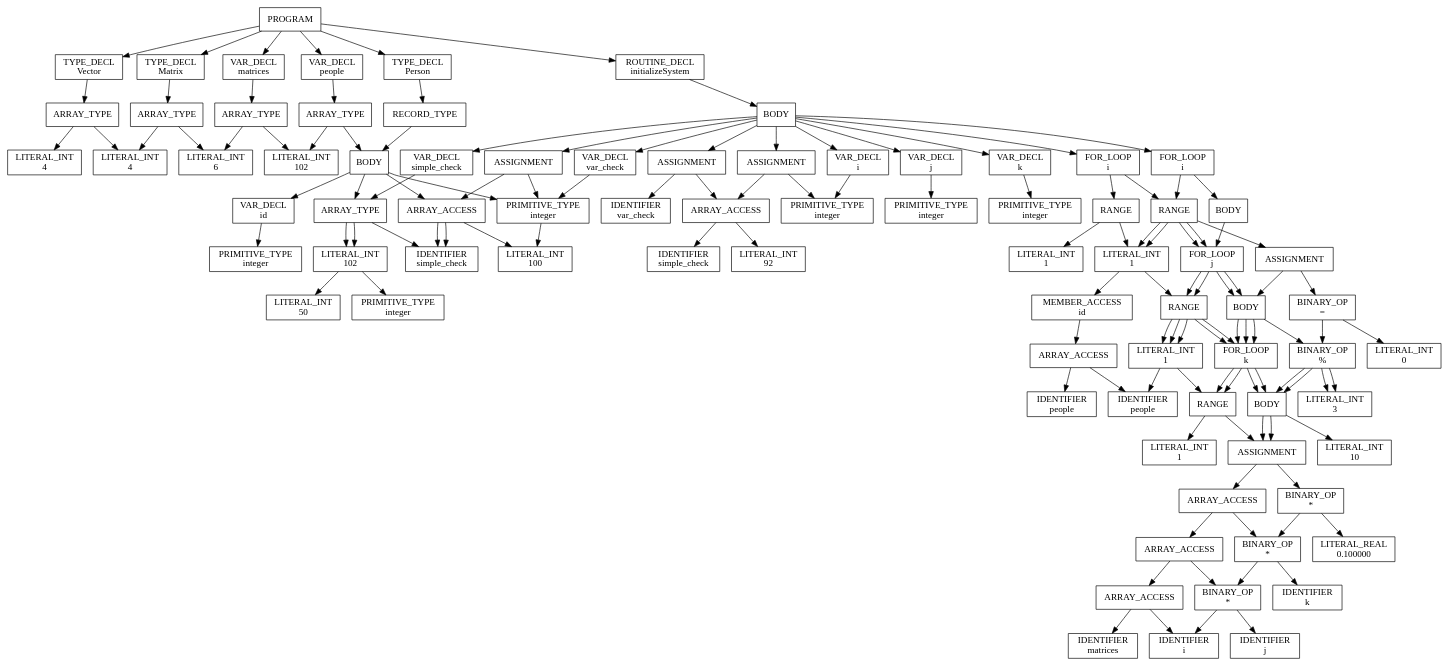
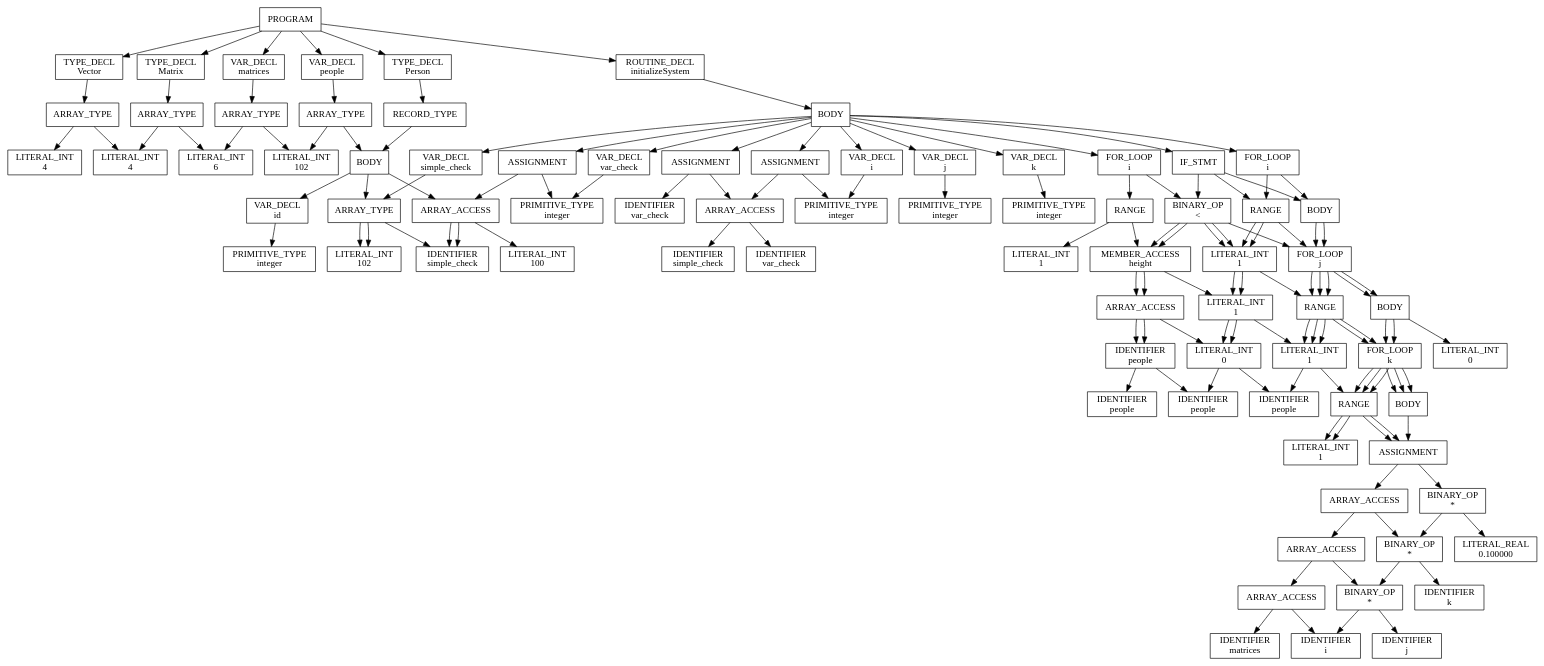
Before and after one commit to Sizye/Main-project: the diagram in temp.txt.dot, drawn with Graphviz. The commit also changed 4 other files, not shown here.

```diff
--- a/temp.txt.dot
+++ b/temp.txt.dot
@@ -44,21 +44,13 @@
   n4004 -> n4005;
   n4005 [label="PRIMITIVE_TYPE\ninteger"];
   n4003 -> n5004;
-  n5004 [label="VAR_DECL\nname"];
+  n5004 [label="VAR_DECL\nheight"];
   n5004 -> n5005;
-  n5005 [label="ARRAY_TYPE"];
-  n5005 -> n5006;
-  n5006 [label="LITERAL_INT\n50"];
-  n5005 -> n6006;
-  n6006 [label="PRIMITIVE_TYPE\ninteger"];
+  n5005 [label="PRIMITIVE_TYPE\nreal"];
   n4003 -> n6004;
-  n6004 [label="VAR_DECL\nheight"];
+  n6004 [label="VAR_DECL\nisStudent"];
   n6004 -> n6005;
-  n6005 [label="PRIMITIVE_TYPE\nreal"];
-  n4003 -> n7004;
-  n7004 [label="VAR_DECL\nisStudent"];
-  n7004 -> n7005;
-  n7005 [label="PRIMITIVE_TYPE\nboolean"];
+  n6005 [label="PRIMITIVE_TYPE\nboolean"];
   n0 -> n5001;
   n5001 [label="ROUTINE_DECL\ninitializeSystem"];
   n5001 -> n5002;
@@ -90,7 +82,7 @@
   n8003 -> n8004;
   n8004 [label="IDENTIFIER\nvar_check"];
   n8003 -> n9004;
-  n9004 [label="LITERAL_INT\n92"];
+  n9004 [label="LITERAL_INT\n10"];
   n5002 -> n9003;
   n9003 [label="ASSIGNMENT"];
   n9003 -> n9004;
@@ -98,7 +90,7 @@
   n9004 -> n9005;
   n9005 [label="IDENTIFIER\nsimple_check"];
   n9004 -> n10005;
-  n10005 [label="LITERAL_INT\n92"];
+  n10005 [label="IDENTIFIER\nvar_check"];
   n9003 -> n10004;
   n10004 [label="LITERAL_INT\n234"];
   n5002 -> n10003;
@@ -184,63 +176,89 @@
   n17006 -> n18007;
   n18007 [label="LITERAL_INT\n0"];
   n5002 -> n14003;
-  n14003 [label="FOR_LOOP\ni"];
+  n14003 [label="IF_STMT"];
   n14003 -> n14004;
-  n14004 [label="RANGE"];
+  n14004 [label="BINARY_OP\n<"];
   n14004 -> n14005;
-  n14005 [label="LITERAL_INT\n1"];
+  n14005 [label="MEMBER_ACCESS\nheight"];
+  n14005 -> n14006;
+  n14006 [label="ARRAY_ACCESS"];
+  n14006 -> n14007;
+  n14007 [label="IDENTIFIER\npeople"];
+  n14006 -> n15007;
+  n15007 [label="LITERAL_INT\n0"];
   n14004 -> n15005;
-  n15005 [label="LITERAL_INT\n5"];
+  n15005 [label="LITERAL_INT\n32"];
   n14003 -> n15004;
   n15004 [label="BODY"];
   n15004 -> n15005;
-  n15005 [label="FOR_LOOP\nj"];
+  n15005 [label="RETURN_STMT"];
   n15005 -> n15006;
-  n15006 [label="RANGE"];
-  n15006 -> n15007;
-  n15007 [label="LITERAL_INT\n1"];
-  n15006 -> n16007;
-  n16007 [label="LITERAL_INT\n3"];
-  n15005 -> n16006;
-  n16006 [label="BODY"];
+  n15006 [label="LITERAL_INT\n1"];
+  n14003 -> n16004;
+  n16004 [label="BODY"];
+  n16004 -> n16005;
+  n16005 [label="RETURN_STMT"];
+  n16005 -> n16006;
+  n16006 [label="LITERAL_INT\n0"];
+  n5002 -> n15003;
+  n15003 [label="FOR_LOOP\ni"];
+  n15003 -> n15004;
+  n15004 [label="RANGE"];
+  n15004 -> n15005;
+  n15005 [label="LITERAL_INT\n1"];
+  n15004 -> n16005;
+  n16005 [label="LITERAL_INT\n5"];
+  n15003 -> n16004;
+  n16004 [label="BODY"];
+  n16004 -> n16005;
+  n16005 [label="FOR_LOOP\nj"];
+  n16005 -> n16006;
+  n16006 [label="RANGE"];
   n16006 -> n16007;
-  n16007 [label="FOR_LOOP\nk"];
-  n16007 -> n16008;
-  n16008 [label="RANGE"];
-  n16008 -> n16009;
-  n16009 [label="LITERAL_INT\n1"];
-  n16008 -> n17009;
-  n17009 [label="LITERAL_INT\n3"];
-  n16007 -> n17008;
-  n17008 [label="BODY"];
+  n16007 [label="LITERAL_INT\n1"];
+  n16006 -> n17007;
+  n17007 [label="LITERAL_INT\n3"];
+  n16005 -> n17006;
+  n17006 [label="BODY"];
+  n17006 -> n17007;
+  n17007 [label="FOR_LOOP\nk"];
+  n17007 -> n17008;
+  n17008 [label="RANGE"];
   n17008 -> n17009;
-  n17009 [label="ASSIGNMENT"];
-  n17009 -> n17010;
-  n17010 [label="ARRAY_ACCESS"];
-  n17010 -> n17011;
-  n17011 [label="ARRAY_ACCESS"];
-  n17011 -> n17012;
-  n17012 [label="ARRAY_ACCESS"];
-  n17012 -> n17013;
-  n17013 [label="IDENTIFIER\nmatrices"];
-  n17012 -> n18013;
-  n18013 [label="IDENTIFIER\ni"];
-  n17011 -> n18012;
-  n18012 [label="IDENTIFIER\nj"];
-  n17010 -> n18011;
-  n18011 [label="IDENTIFIER\nk"];
-  n17009 -> n18010;
-  n18010 [label="BINARY_OP\n*"];
+  n17009 [label="LITERAL_INT\n1"];
+  n17008 -> n18009;
+  n18009 [label="LITERAL_INT\n3"];
+  n17007 -> n18008;
+  n18008 [label="BODY"];
+  n18008 -> n18009;
+  n18009 [label="ASSIGNMENT"];
+  n18009 -> n18010;
+  n18010 [label="ARRAY_ACCESS"];
   n18010 -> n18011;
-  n18011 [label="BINARY_OP\n*"];
+  n18011 [label="ARRAY_ACCESS"];
   n18011 -> n18012;
-  n18012 [label="BINARY_OP\n*"];
+  n18012 [label="ARRAY_ACCESS"];
   n18012 -> n18013;
-  n18013 [label="IDENTIFIER\ni"];
+  n18013 [label="IDENTIFIER\nmatrices"];
   n18012 -> n19013;
-  n19013 [label="IDENTIFIER\nj"];
+  n19013 [label="IDENTIFIER\ni"];
   n18011 -> n19012;
-  n19012 [label="IDENTIFIER\nk"];
+  n19012 [label="IDENTIFIER\nj"];
   n18010 -> n19011;
-  n19011 [label="LITERAL_REAL\n0.100000"];
+  n19011 [label="IDENTIFIER\nk"];
+  n18009 -> n19010;
+  n19010 [label="BINARY_OP\n*"];
+  n19010 -> n19011;
+  n19011 [label="BINARY_OP\n*"];
+  n19011 -> n19012;
+  n19012 [label="BINARY_OP\n*"];
+  n19012 -> n19013;
+  n19013 [label="IDENTIFIER\ni"];
+  n19012 -> n20013;
+  n20013 [label="IDENTIFIER\nj"];
+  n19011 -> n20012;
+  n20012 [label="IDENTIFIER\nk"];
+  n19010 -> n20011;
+  n20011 [label="LITERAL_REAL\n0.100000"];
 }
```
